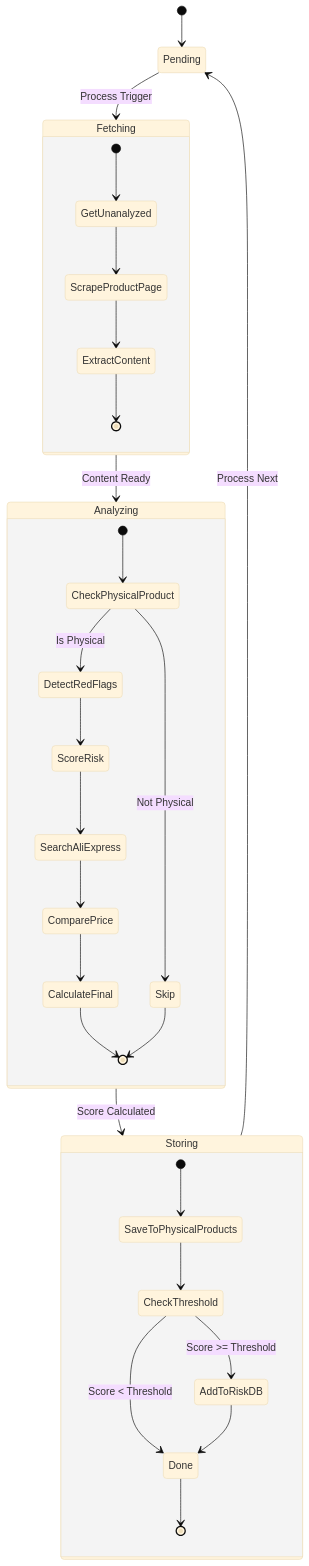
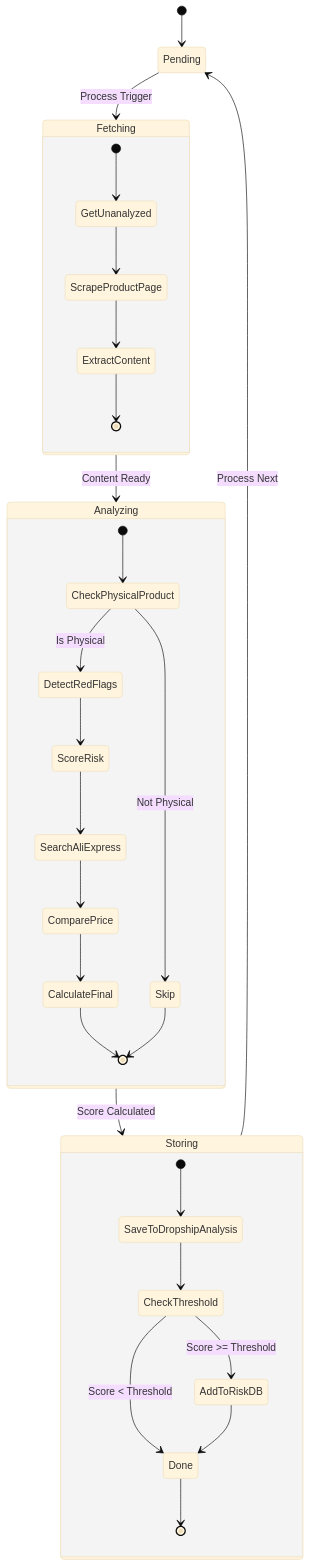
One commit to Rani-Maman/Adora changed the third of 6 diagrams in docs/architecture.md. Above: the diagram before and after it, drawn with Mermaid (base theme). The commit also changed other lines of this file and 2 other files, not shown here.

Commit message:
docs: update schema, pipeline, architecture to match current system

````diff
--- a/docs/architecture.md
+++ b/docs/architecture.md
@@ -65,42 +65,42 @@
 ```mermaid
 stateDiagram-v2
     direction TB
     
     [*] --> Pending
     
     Pending --> Fetching: Process Trigger
     
     state Fetching {
         [*] --> GetUnanalyzed
         GetUnanalyzed --> ScrapeProductPage
         ScrapeProductPage --> ExtractContent
         ExtractContent --> [*]
     }
     
     Fetching --> Analyzing: Content Ready
     
     state Analyzing {
         [*] --> CheckPhysicalProduct
         CheckPhysicalProduct --> Skip: Not Physical
         CheckPhysicalProduct --> DetectRedFlags: Is Physical
         DetectRedFlags --> ScoreRisk
         ScoreRisk --> SearchAliExpress
         SearchAliExpress --> ComparePrice
         ComparePrice --> CalculateFinal
         CalculateFinal --> [*]
         Skip --> [*]
     }
     
     Analyzing --> Storing: Score Calculated
     
     state Storing {
-        [*] --> SaveToPhysicalProducts
-        SaveToPhysicalProducts --> CheckThreshold
+        [*] --> SaveToDropshipAnalysis
+        SaveToDropshipAnalysis --> CheckThreshold
         CheckThreshold --> AddToRiskDB: Score >= Threshold
         CheckThreshold --> Done: Score < Threshold
         AddToRiskDB --> Done
         Done --> [*]
     }
     
     Storing --> Pending: Process Next
 ```
````
